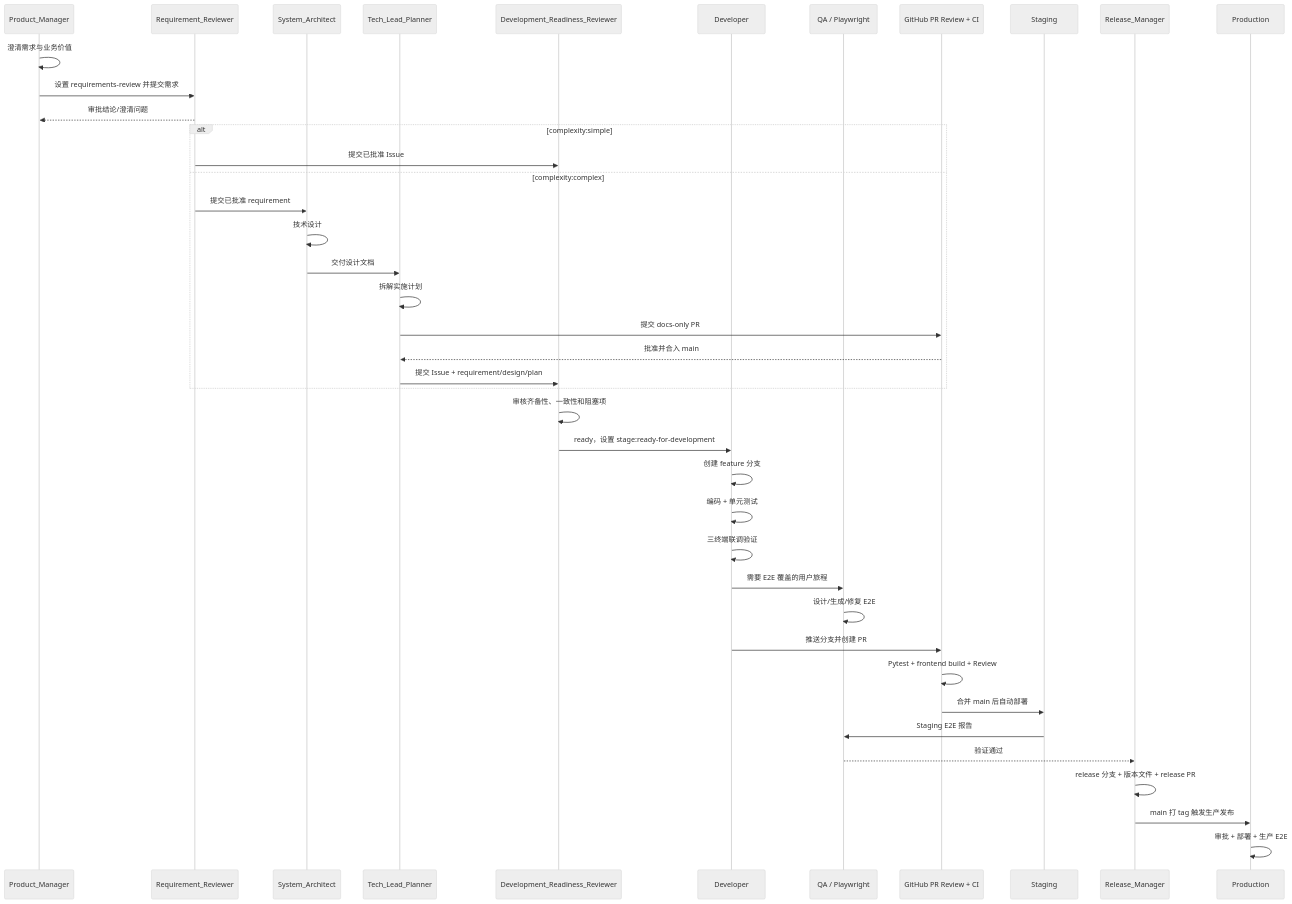
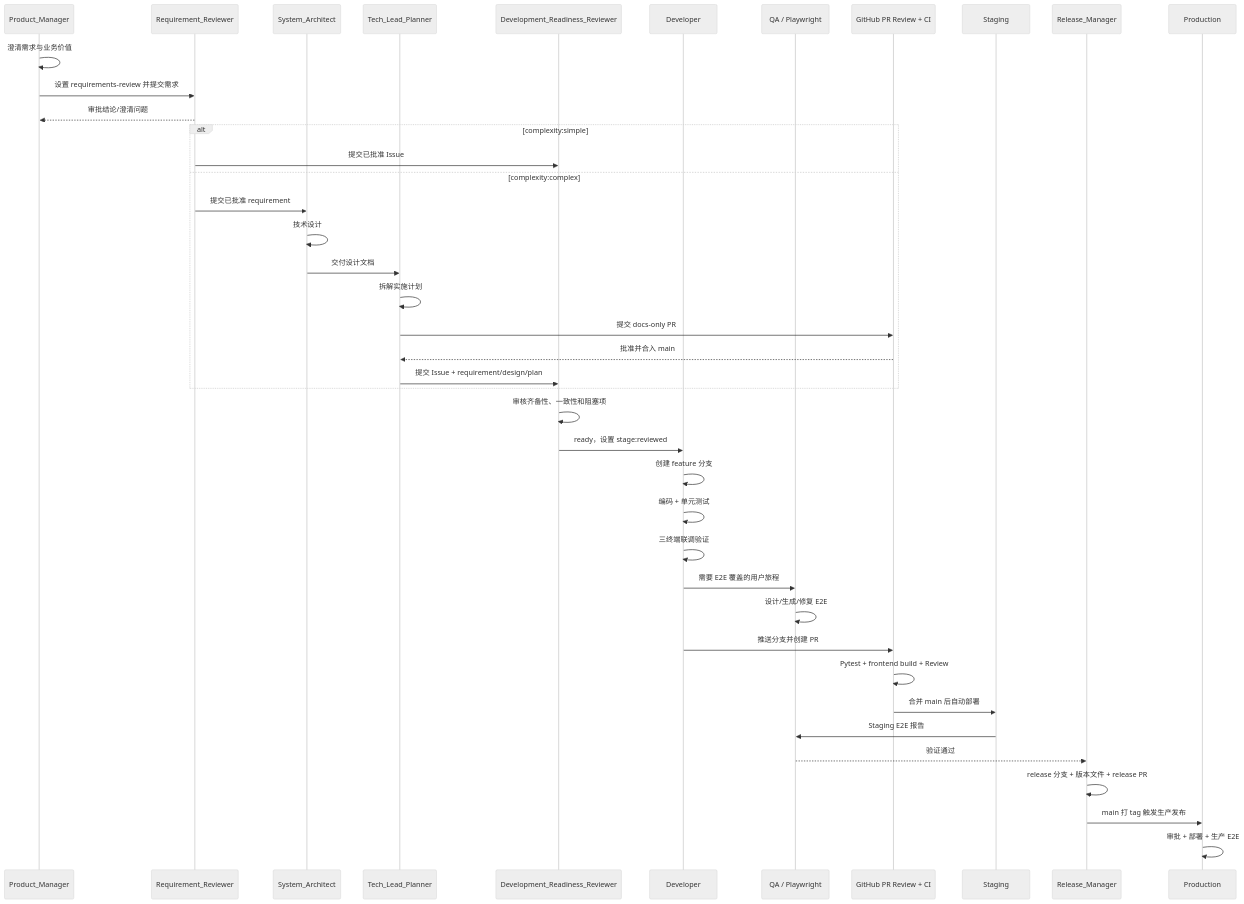
One commit to JumpStarGroup/health_platform changed diagram 16 of 17 in docs/PROJECT-WORKFLOW-ROLES.md. Above: the diagram before and after it, drawn with Mermaid (neutral theme). The commit also changed other lines of this file and 7 other files, not shown here.

````diff
--- a/docs/PROJECT-WORKFLOW-ROLES.md
+++ b/docs/PROJECT-WORKFLOW-ROLES.md
@@ -697,44 +697,44 @@
 ```mermaid
 sequenceDiagram
     participant PM as Product_Manager
     participant RA as Requirement_Reviewer
     participant ARCH as System_Architect
     participant TL as Tech_Lead_Planner
     participant DRR as Development_Readiness_Reviewer
     participant DEV as Developer
     participant QA as QA / Playwright
     participant PR as GitHub PR Review + CI
     participant STG as Staging
     participant RM as Release_Manager
     participant PROD as Production
 
     PM->>PM: 澄清需求与业务价值
     PM->>RA: 设置 requirements-review 并提交需求
     RA-->>PM: 审批结论/澄清问题
     alt complexity:simple
         RA->>DRR: 提交已批准 Issue
     else complexity:complex
         RA->>ARCH: 提交已批准 requirement
         ARCH->>ARCH: 技术设计
         ARCH->>TL: 交付设计文档
         TL->>TL: 拆解实施计划
         TL->>PR: 提交 docs-only PR
         PR-->>TL: 批准并合入 main
         TL->>DRR: 提交 Issue + requirement/design/plan
     end
     DRR->>DRR: 审核齐备性、一致性和阻塞项
-    DRR->>DEV: ready，设置 stage:ready-for-development
+    DRR->>DEV: ready，设置 stage:reviewed
     DEV->>DEV: 创建 feature 分支
     DEV->>DEV: 编码 + 单元测试
     DEV->>DEV: 三终端联调验证
     DEV->>QA: 需要 E2E 覆盖的用户旅程
     QA->>QA: 设计/生成/修复 E2E
     DEV->>PR: 推送分支并创建 PR
     PR->>PR: Pytest + frontend build + Review
     PR->>STG: 合并 main 后自动部署
     STG->>QA: Staging E2E 报告
     QA-->>RM: 验证通过
     RM->>RM: release 分支 + 版本文件 + release PR
     RM->>PROD: main 打 tag 触发生产发布
     PROD->>PROD: 审批 + 部署 + 生产 E2E
 ```
````
